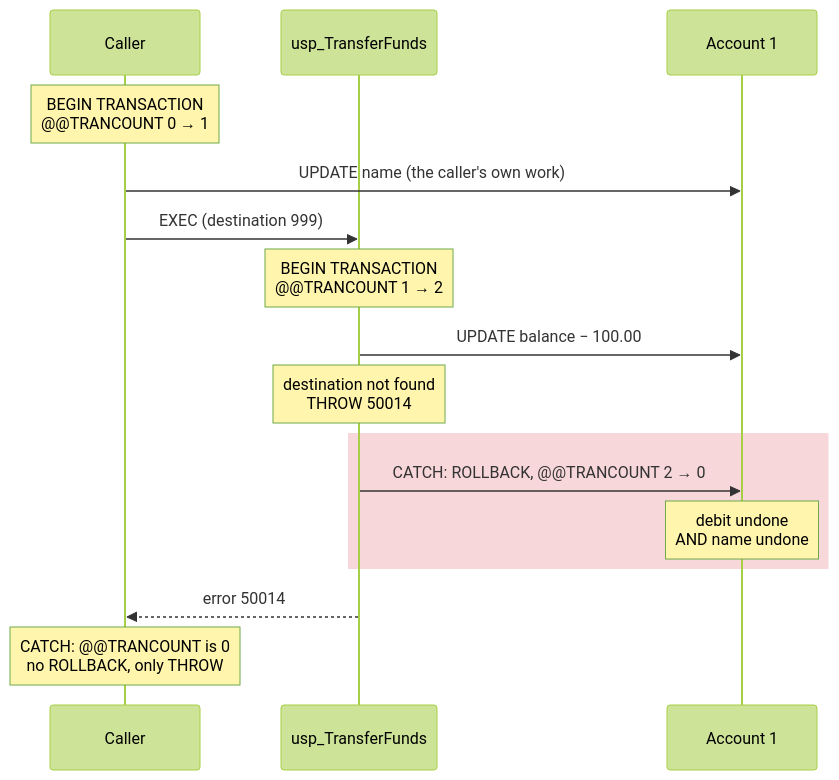
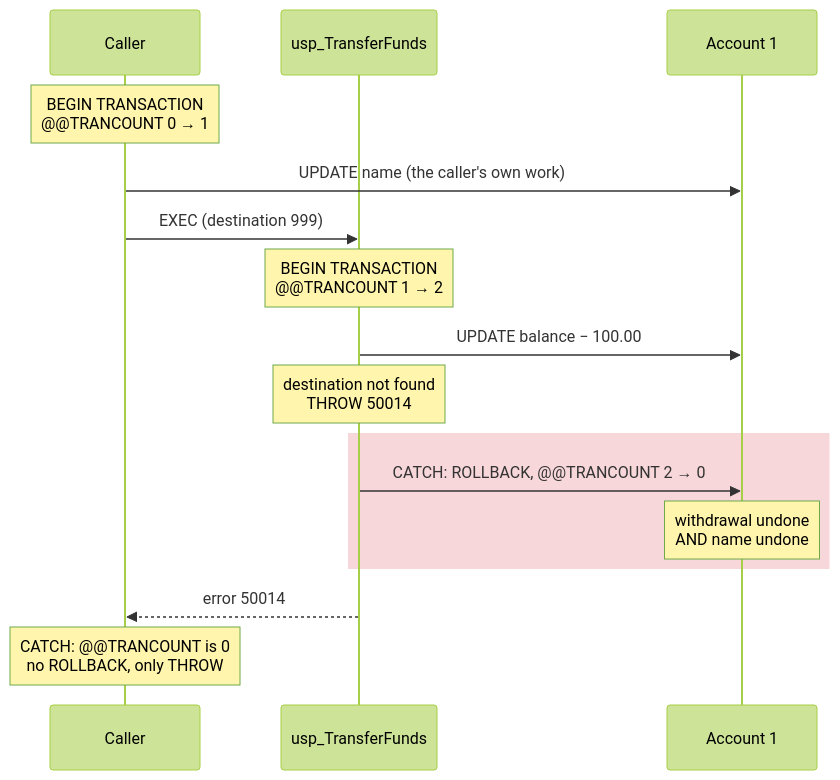
One commit to tjovic/database-design-labs-public changed the sixth of 8 diagrams in labs/lab09-transactions.md. Above: the diagram before and after it, drawn with Mermaid (forest theme). The commit also changed other lines of this file, not shown here.

````diff
--- a/labs/lab09-transactions.md
+++ b/labs/lab09-transactions.md
@@ -1985,18 +1985,18 @@
 ```mermaid
 sequenceDiagram
     participant C as Caller
     participant P as usp_TransferFunds
     participant A as Account 1
     Note over C: BEGIN TRANSACTION<br>@@TRANCOUNT 0 → 1
     C->>A: UPDATE name (the caller's own work)
     C->>P: EXEC (destination 999)
     Note over P: BEGIN TRANSACTION<br>@@TRANCOUNT 1 → 2
     P->>A: UPDATE balance − 100.00
     Note over P: destination not found<br>THROW 50014
     rect rgb(248, 215, 218)
     P->>A: CATCH: ROLLBACK, @@TRANCOUNT 2 → 0
-    Note over A: debit undone<br>AND name undone
+    Note over A: withdrawal undone<br>AND name undone
     end
     P-->>C: error 50014
     Note over C: CATCH: @@TRANCOUNT is 0<br>no ROLLBACK, only THROW
 ```
````
